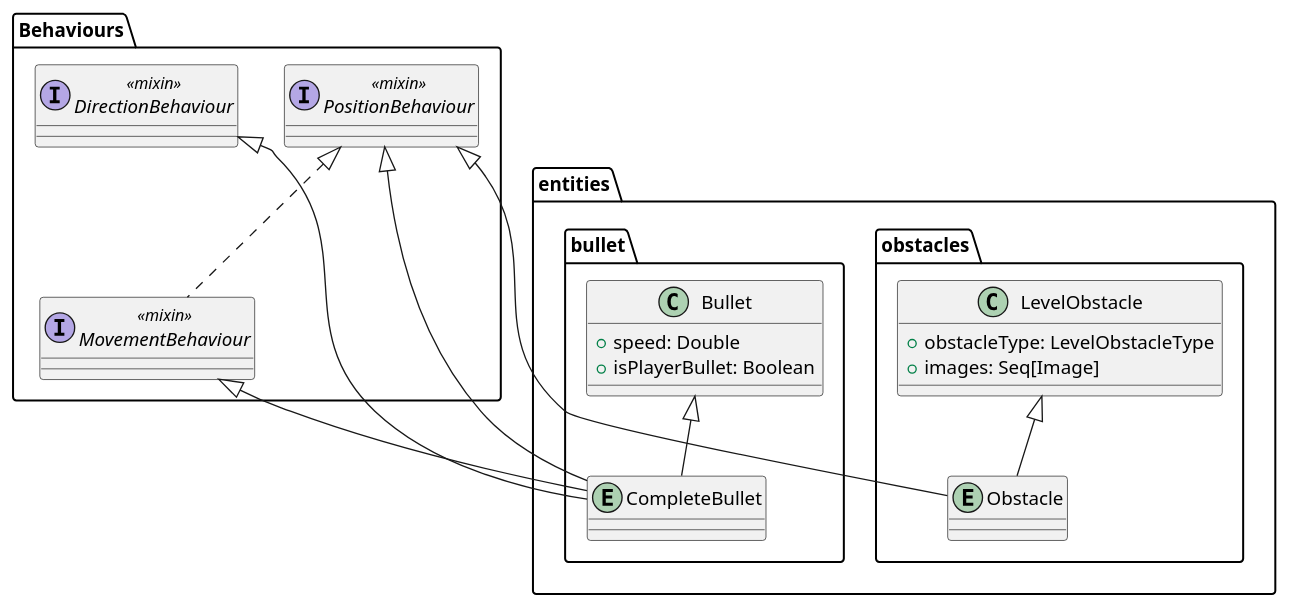
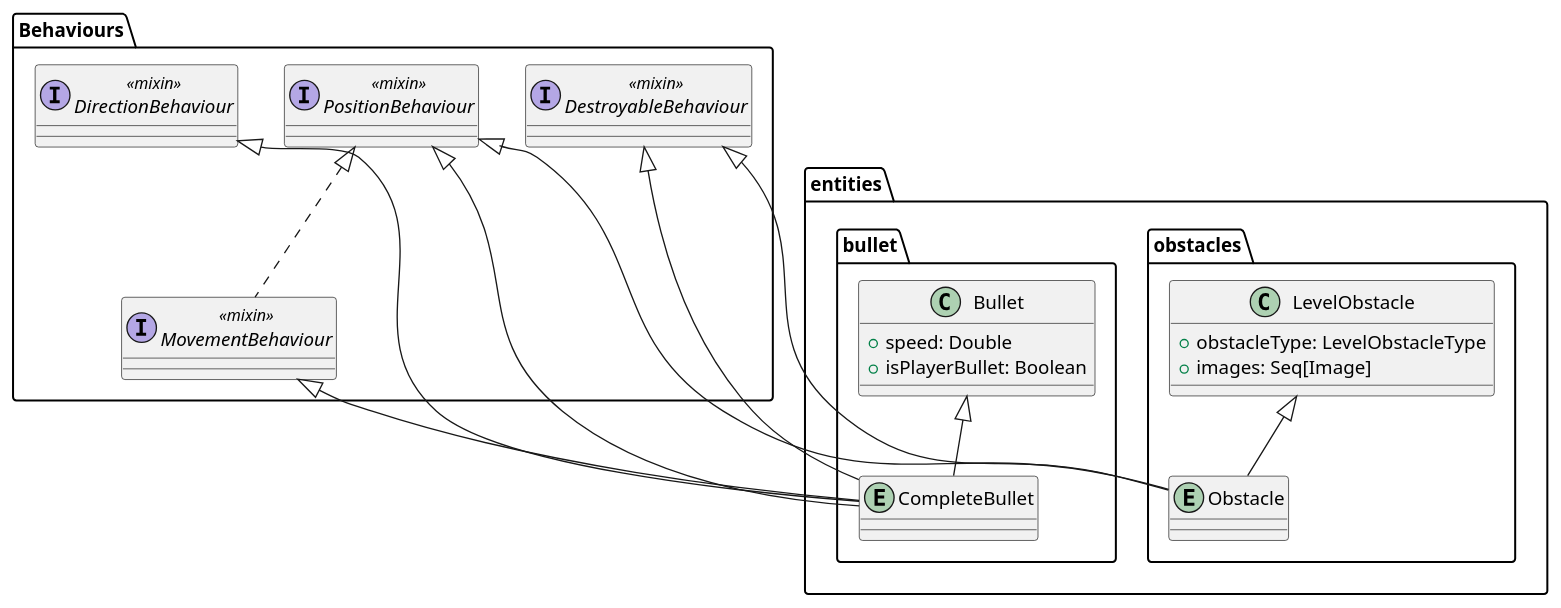
The third of 6 diagrams in docs/4_Design_di_dettaglio.md (Alb-Ard/PPS-23-sbtanks), drawn with PlantUML before and after one commit. The commit also changed other lines of this file and 3 other files, not shown here.

````diff
--- a/docs/4_Design_di_dettaglio.md
+++ b/docs/4_Design_di_dettaglio.md
@@ -108,34 +111,37 @@
 ```plantuml
 @startuml
 package Behaviours {
 interface PositionBehaviour <<mixin>>
 interface DirectionBehaviour <<mixin>>
+interface DestroyableBehaviour <<mixin>> 
 
 interface MovementBehaviour <<mixin>>
 PositionBehaviour <|.. MovementBehaviour
 }
 
 package entities.obstacles {
 class LevelObstacle {
 +obstacleType: LevelObstacleType
 +images: Seq[Image]
 }
 
 entity Obstacle
 LevelObstacle <|-- Obstacle
 PositionBehaviour <|-- Obstacle
+DestroyableBehaviour <|-- Obstacle 
 }
 
 package entities.bullet {
 class Bullet {
 +speed: Double
 +isPlayerBullet: Boolean
 }
 entity CompleteBullet
 Bullet <|-- CompleteBullet
 MovementBehaviour <|-- CompleteBullet
 DirectionBehaviour <|-- CompleteBullet
 PositionBehaviour <|-- CompleteBullet
+DestroyableBehaviour <|-- CompleteBullet 
 }
 @enduml
 ```
````
